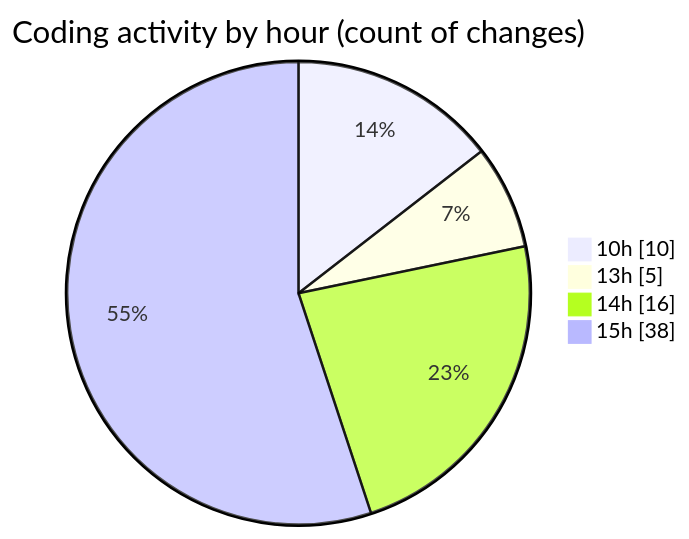
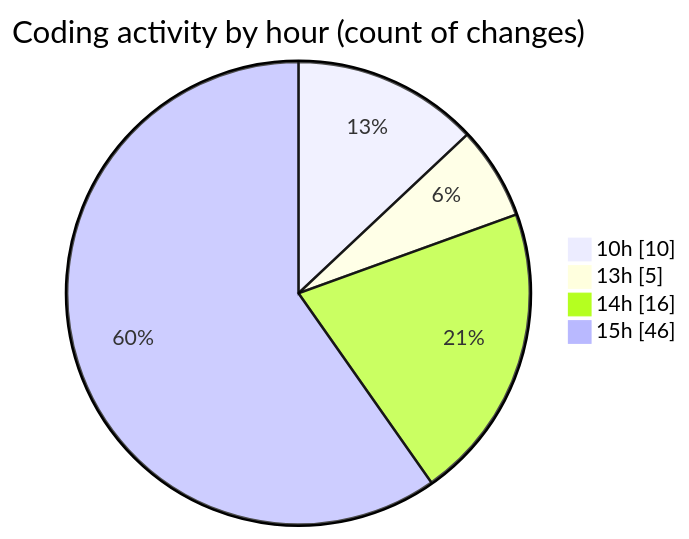
The second of 2 diagrams in 2025-07-30/nxtqube_webapp/README.md (nxtqubesakshisongat/code-tracking), drawn with Mermaid before and after one commit. The commit also changed other lines of this file and 1 other file, not shown here.

````diff
--- a/2025-07-30/nxtqube_webapp/README.md
+++ b/2025-07-30/nxtqube_webapp/README.md
@@ -36,8 +36,8 @@
 ```mermaid
 pie showData
 title Coding activity by hour (count of changes)
 "10h" : 10
 "13h" : 5
 "14h" : 16
-"15h" : 38
+"15h" : 46
 ```
````
